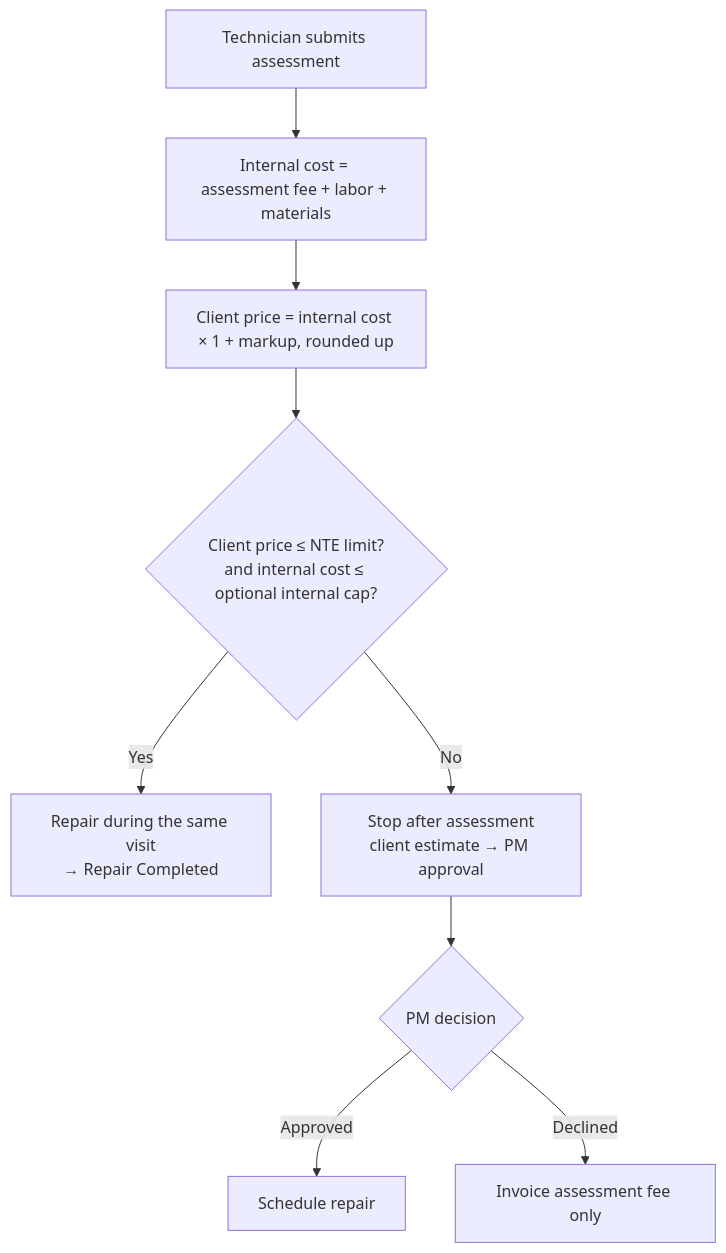
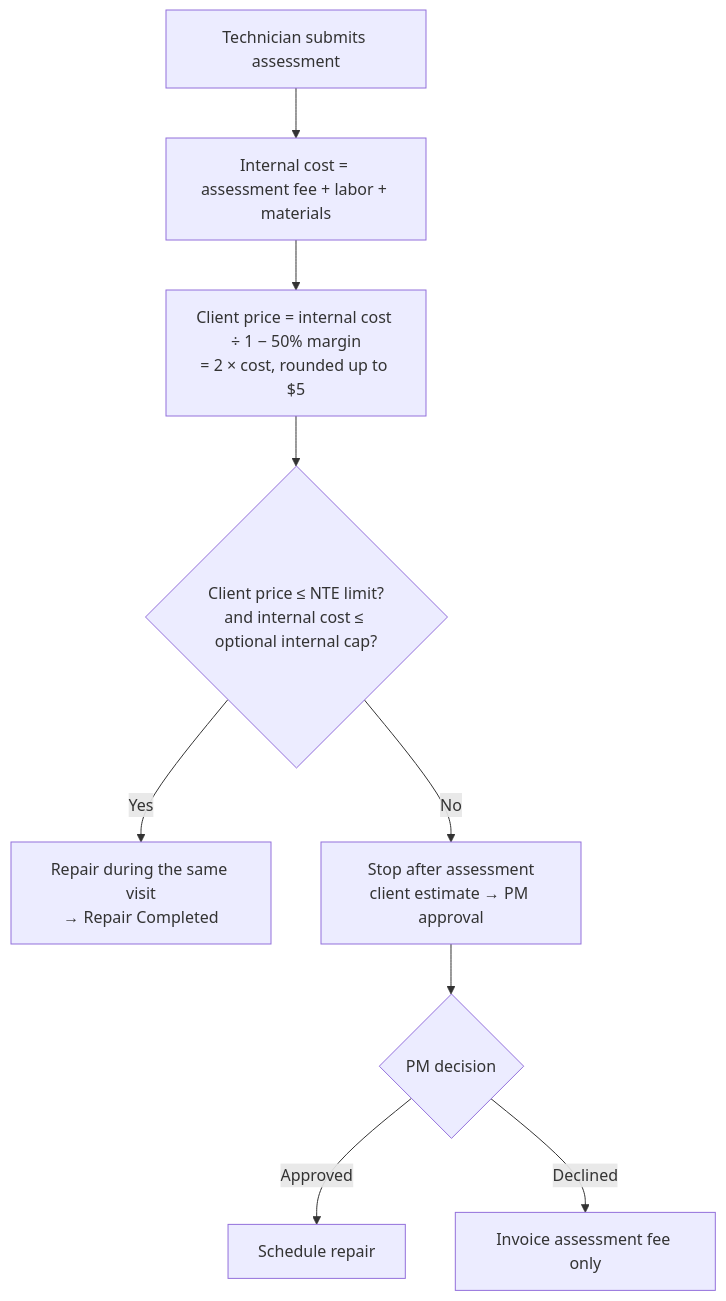
The second of 2 diagrams in README.md (mariafe-jmbrandify/ai-property-maintenance-automation), drawn with Mermaid before and after one commit. The commit also changed other lines of this file and 27 other files, not shown here.

First line of the commit message:
Price by 50% gross margin instead of 35% markup (v1.2.0)

````diff
--- a/README.md
+++ b/README.md
@@ -102,11 +102,11 @@
 ```mermaid
 flowchart TD
     A[Technician submits assessment] --> B[Internal cost = assessment fee + labor + materials]
-    B --> C[Client price = internal cost × 1 + markup, rounded up]
+    B --> C[Client price = internal cost ÷ 1 − 50% margin<br/>= 2 × cost, rounded up to $5]
     C --> D{Client price ≤ NTE limit?<br/>and internal cost ≤ optional internal cap?}
     D -->|Yes| E[Repair during the same visit<br/>→ Repair Completed]
     D -->|No| F[Stop after assessment<br/>client estimate → PM approval]
     F --> G{PM decision}
     G -->|Approved| H[Schedule repair]
     G -->|Declined| I[Invoice assessment fee only]
 ```
````
